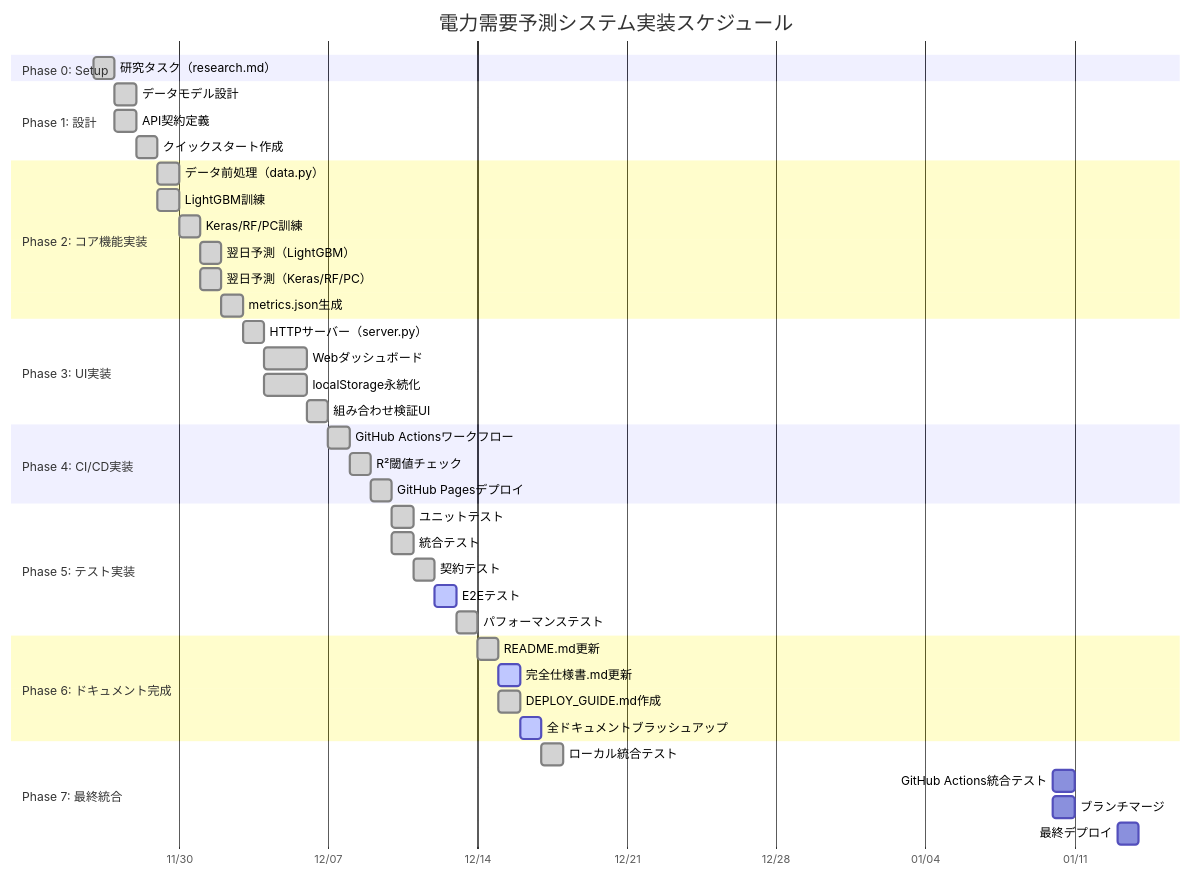
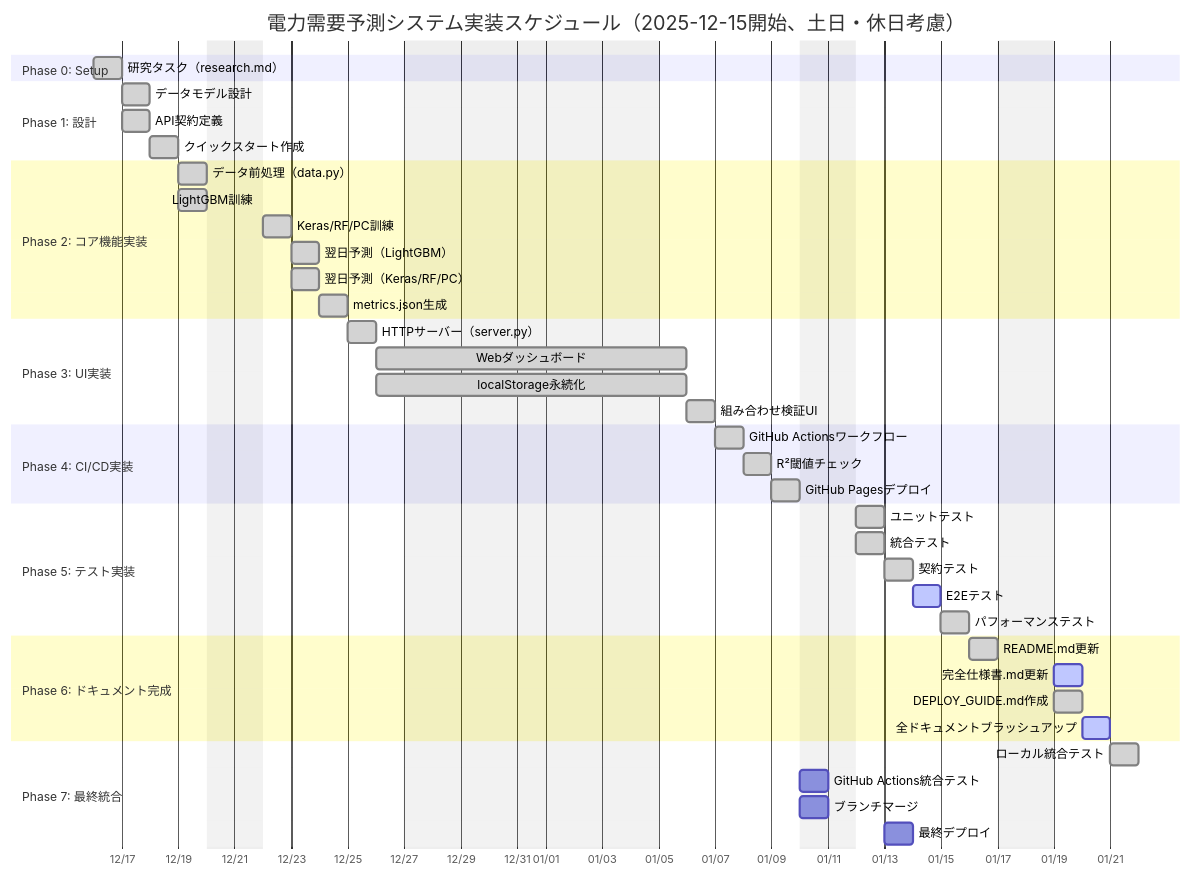
Before and after one commit to J1921604/Power-Demand-Forecast: the diagram in specs/001-Power-Demand-Forecast/tasks.md, drawn with Mermaid. The commit also changed other lines of this file and 5 other files, not shown here.

````diff
--- a/specs/001-Power-Demand-Forecast/tasks.md
+++ b/specs/001-Power-Demand-Forecast/tasks.md
@@ -16,52 +16,53 @@
 ```mermaid
 gantt
-    title 電力需要予測システム実装スケジュール
+    title 電力需要予測システム実装スケジュール（2025-12-15開始、土日・休日考慮）
     dateFormat YYYY-MM-DD
+    excludes weekends 2025-12-28 2025-12-29 2025-12-30 2025-12-31 2026-01-01 2026-01-02 2026-01-03
     axisFormat %m/%d
   
     section Phase 0: Setup
-    研究タスク（research.md）           :done, p0, 2025-11-26, 1d
+    研究タスク（research.md）           :done, p0, 2025-12-16, 1d
   
     section Phase 1: 設計
     データモデル設計                    :done, p1_1, after p0, 1d
     API契約定義                         :done, p1_2, after p0, 1d
     クイックスタート作成                :done, p1_3, after p1_2, 1d
   
     section Phase 2: コア機能実装
     データ前処理（data.py）             :done, p2_1, after p1_3, 1d
     LightGBM訓練                        :done, p2_2, after p1_3, 1d
     Keras/RF/PC訓練                     :done, p2_3, after p2_2, 1d
     翌日予測（LightGBM）                :done, p2_4, after p2_3, 1d
     翌日予測（Keras/RF/PC）             :done, p2_5, after p2_3, 1d
     metrics.json生成                    :done, p2_6, after p2_5, 1d
   
     section Phase 3: UI実装
     HTTPサーバー（server.py）           :done, p3_1, after p2_6, 1d
     Webダッシュボード                   :done, p3_2, after p3_1, 2d
     localStorage永続化                  :done, p3_3, after p3_1, 2d
     組み合わせ検証UI                    :done, p3_4, after p3_3, 1d
   
     section Phase 4: CI/CD実装
     GitHub Actionsワークフロー           :done, p4_1, after p3_4, 1d
     R²閾値チェック                      :done, p4_2, after p4_1, 1d
     GitHub Pagesデプロイ                 :done, p4_3, after p4_2, 1d
   
     section Phase 5: テスト実装
     ユニットテスト                      :done, p5_1, after p4_3, 1d
     統合テスト                          :done, p5_2, after p4_3, 1d
     契約テスト                          :done, p5_3, after p5_2, 1d
     E2Eテスト                           :active, p5_4, after p5_3, 1d
     パフォーマンステスト                :done, p5_5, after p5_4, 1d
   
     section Phase 6: ドキュメント完成
     README.md更新                       :done, p6_1, after p5_5, 1d
     完全仕様書.md更新                   :active, p6_2, after p6_1, 1d
     DEPLOY_GUIDE.md作成                 :done, p6_3, after p6_1, 1d
     全ドキュメントブラッシュアップ      :active, p6_4, after p6_3, 1d
   
     section Phase 7: 最終統合
     ローカル統合テスト                  :done, p7_1, after p6_4, 1d
     GitHub Actions統合テスト             :p7_2, 2026-01-10, 1d
     ブランチマージ                      :p7_3, 2026-01-10, 1d
     最終デプロイ                        :p7_4, 2026-01-13, 1d
 ```
````
